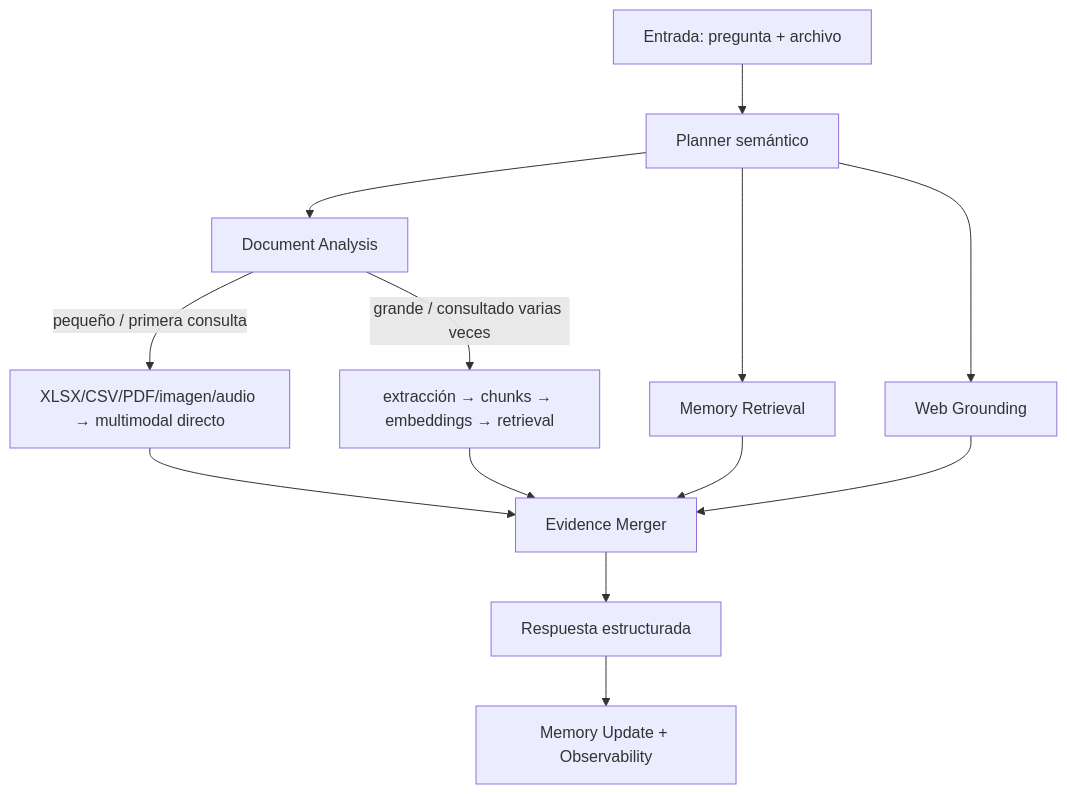
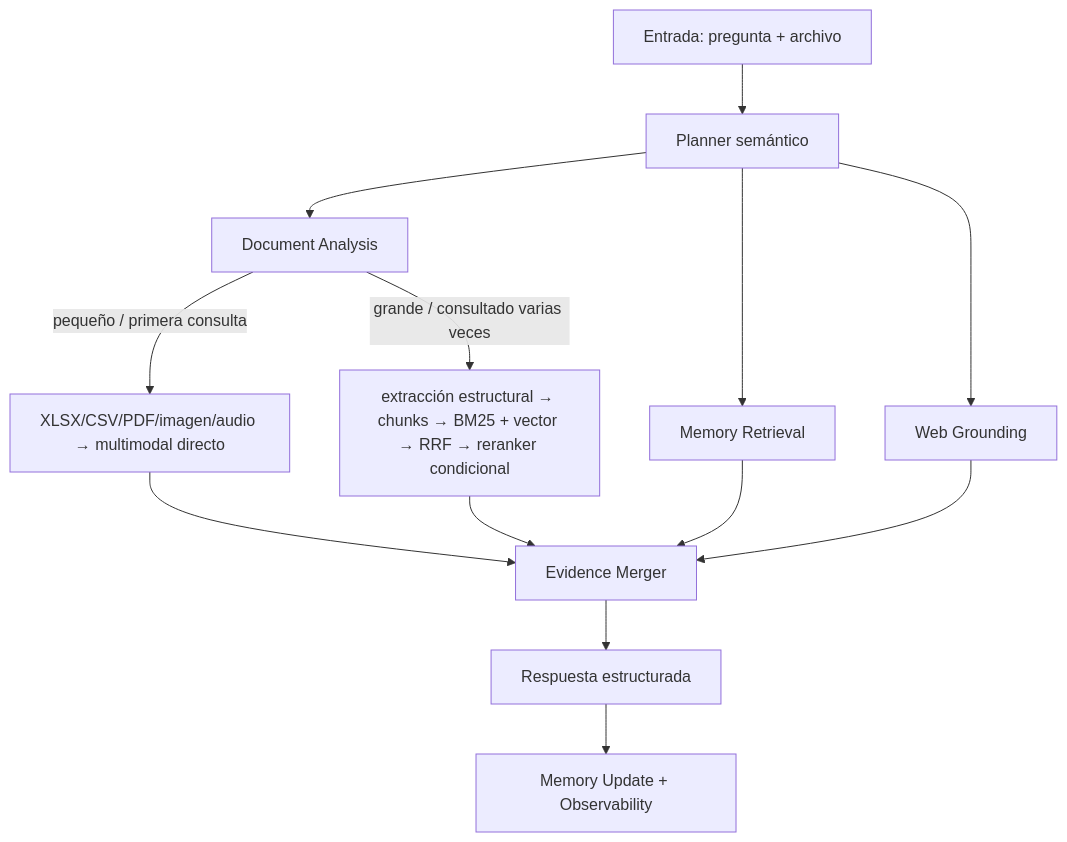
The first of 4 diagrams in README.md (misikss/llm-cli), drawn with Mermaid before and after one commit. The commit also changed other lines of this file and 7 other files, not shown here.

Commit message:
Añade Hybrid Document RAG con RRF

````diff
--- a/README.md
+++ b/README.md
@@ -13,15 +13,15 @@
 ```mermaid
 flowchart TD
     Input["Entrada: pregunta + archivo"] --> Planner["Planner semántico"]
     Planner --> Document["Document Analysis"]
     Document -->|"pequeño / primera consulta"| Direct["XLSX/CSV/PDF/imagen/audio → multimodal directo"]
-    Document -->|"grande / consultado varias veces"| DocRAG["extracción → chunks → embeddings → retrieval"]
+    Document -->|"grande / consultado varias veces"| DocRAG["extracción estructural → chunks → BM25 + vector → RRF → reranker condicional"]
     Planner --> Memory["Memory Retrieval"]
     Planner --> Web["Web Grounding"]
     Direct --> Merge["Evidence Merger"]
     DocRAG --> Merge
     Memory --> Merge
     Web --> Merge
     Merge --> Answer["Respuesta estructurada"]
     Answer --> Update["Memory Update + Observability"]
 ```
````
